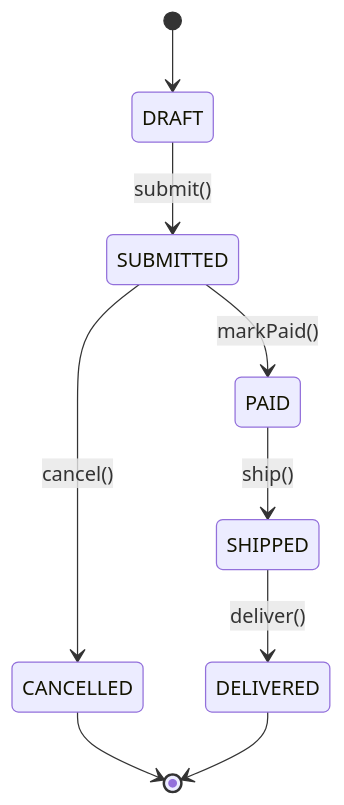
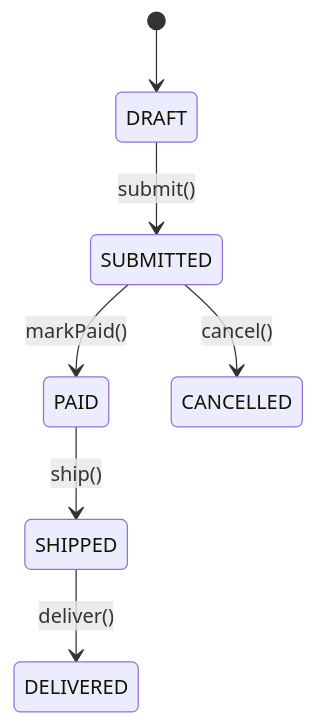
The diagram in skills/analyzing-domain-model/SKILL.md (cliftonc/unwind), drawn with Mermaid before and after one commit. The commit also changed other lines of this file and 12 other files, not shown here.

````diff
--- a/skills/analyzing-domain-model/SKILL.md
+++ b/skills/analyzing-domain-model/SKILL.md
@@ -249,11 +108,9 @@
 ```mermaid
 stateDiagram-v2
     [*] --> DRAFT
     DRAFT --> SUBMITTED: submit()
     SUBMITTED --> PAID: markPaid()
     SUBMITTED --> CANCELLED: cancel()
     PAID --> SHIPPED: ship()
     SHIPPED --> DELIVERED: deliver()
-    CANCELLED --> [*]
-    DELIVERED --> [*]
 ```
````
